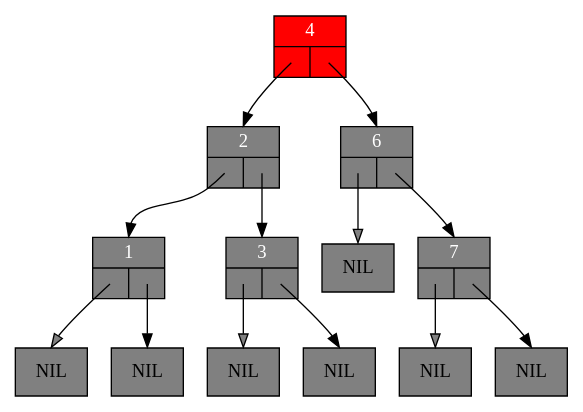
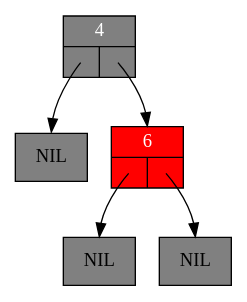
One commit to NOTuglyduckling/C changed the diagram in Algo3/base_code_lab6/Code/thetree-5.dot. Above: the diagram before and after it, drawn with Graphviz. The commit also changed 66 other files, not shown here.

```diff
--- a/Algo3/base_code_lab6/Code/thetree-5.dot
+++ b/Algo3/base_code_lab6/Code/thetree-5.dot
@@ -1,31 +1,15 @@
 digraph RedBlackTree {
 	graph [ranksep=0.5];
 	node [shape = record];
 
-	n1 [style=filled, fillcolor=grey, fontcolor=white, label="{1|{<left>|<right>}}"];
-	lnil1 [style=filled, fillcolor=grey, label="NIL"];
-	n1:left:c -> lnil1:n [fillcolor=grey, headclip=false, tailclip=false]
-	rnil1 [style=filled, fillcolor=grey, label="NIL"];
-	n1:right:c -> rnil1:n [headclip=false, tailclip=false]
-	n2 [style=filled, fillcolor=grey, fontcolor=white, label="{2|{<left>|<right>}}"];
-	n2:left:c -> n1:n [headclip=false, tailclip=false]
-	n2:right:c -> n3:n [headclip=false, tailclip=false]
-	n3 [style=filled, fillcolor=grey, fontcolor=white, label="{3|{<left>|<right>}}"];
-	lnil3 [style=filled, fillcolor=grey, label="NIL"];
-	n3:left:c -> lnil3:n [fillcolor=grey, headclip=false, tailclip=false]
-	rnil3 [style=filled, fillcolor=grey, label="NIL"];
-	n3:right:c -> rnil3:n [headclip=false, tailclip=false]
-	n4 [style=filled, fillcolor=red, fontcolor=white, label="{4|{<left>|<right>}}"];
-	n4:left:c -> n2:n [headclip=false, tailclip=false]
+	n4 [style=filled, fillcolor=grey, fontcolor=white, label="{4|{<left>|<right>}}"];
+	lnil4 [style=filled, fillcolor=grey, label="NIL"];
+	n4:left:c -> lnil4:n [headclip=false, tailclip=false]
 	n4:right:c -> n6:n [headclip=false, tailclip=false]
-	n6 [style=filled, fillcolor=grey, fontcolor=white, label="{6|{<left>|<right>}}"];
+	n6 [style=filled, fillcolor=red, fontcolor=white, label="{6|{<left>|<right>}}"];
 	lnil6 [style=filled, fillcolor=grey, label="NIL"];
-	n6:left:c -> lnil6:n [fillcolor=grey, headclip=false, tailclip=false]
-	n6:right:c -> n7:n [headclip=false, tailclip=false]
-	n7 [style=filled, fillcolor=grey, fontcolor=white, label="{7|{<left>|<right>}}"];
-	lnil7 [style=filled, fillcolor=grey, label="NIL"];
-	n7:left:c -> lnil7:n [fillcolor=grey, headclip=false, tailclip=false]
-	rnil7 [style=filled, fillcolor=grey, label="NIL"];
-	n7:right:c -> rnil7:n [headclip=false, tailclip=false]
+	n6:left:c -> lnil6:n [headclip=false, tailclip=false]
+	rnil6 [style=filled, fillcolor=grey, label="NIL"];
+	n6:right:c -> rnil6:n [headclip=false, tailclip=false]
 
 }
```
